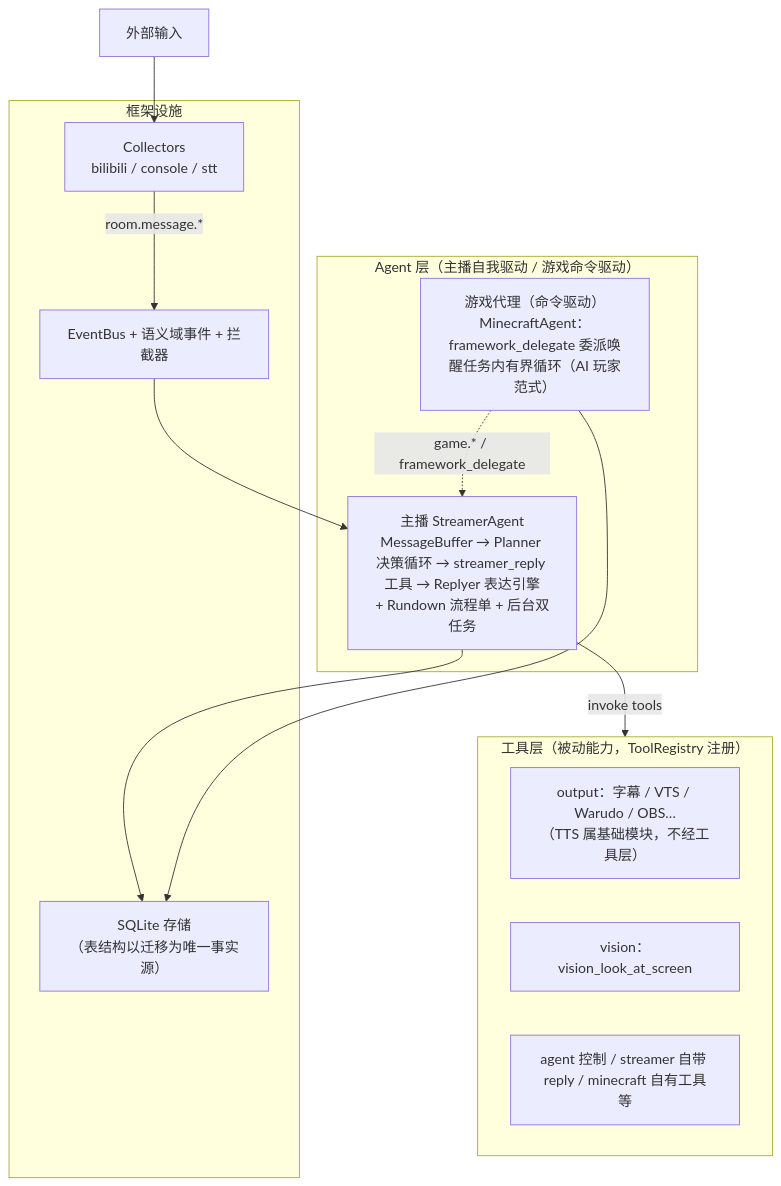
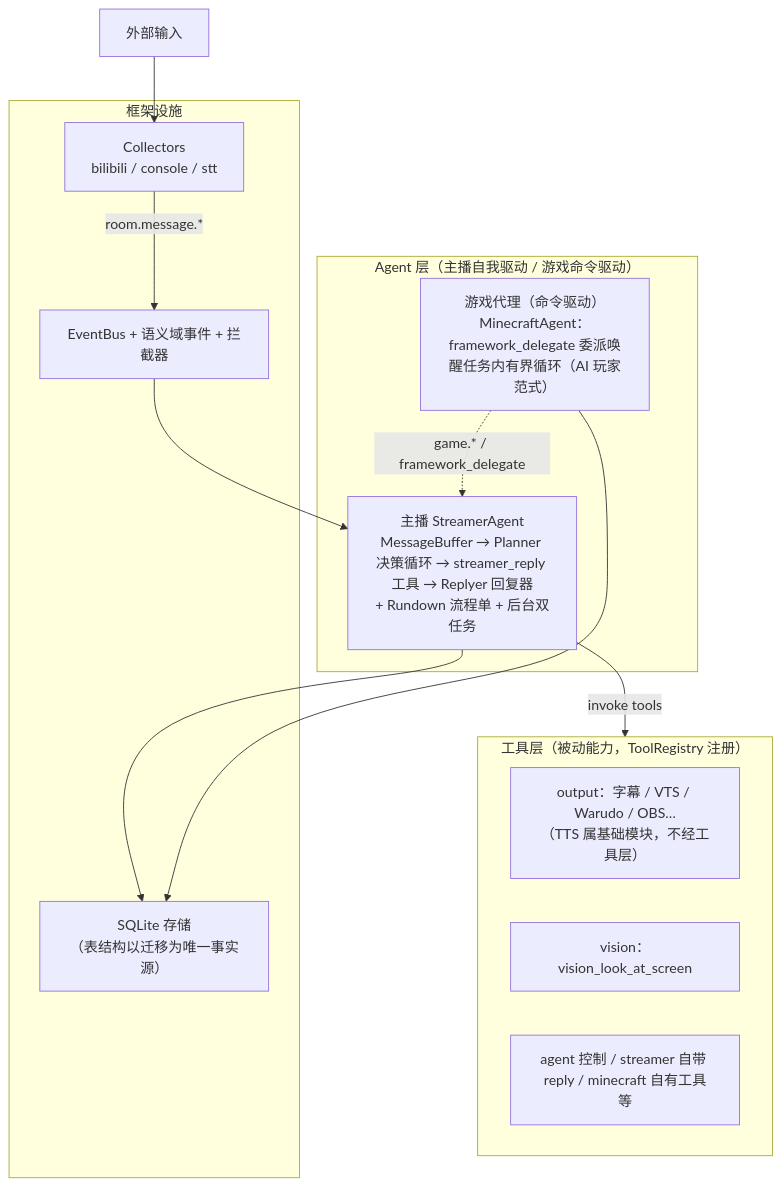
Before and after one commit to Mai-with-u/Amaidesu: the first of 3 diagrams in docs/architecture/v2-architecture.md, drawn with Mermaid. The commit also changed other lines of this file and 106 other files, not shown here.

````diff
--- a/docs/architecture/v2-architecture.md
+++ b/docs/architecture/v2-architecture.md
@@ -84,22 +84,22 @@
 ```mermaid
 flowchart TB
     subgraph Agents["Agent 层（主播自我驱动 / 游戏命令驱动）"]
-        SA["主播 StreamerAgent<br/>MessageBuffer → Planner 决策循环 → streamer_reply 工具 → Replyer 表达引擎<br/>+ Rundown 流程单 + 后台双任务"]
+        SA["主播 StreamerAgent<br/>MessageBuffer → Planner 决策循环 → streamer_reply 工具 → Replyer 回复器<br/>+ Rundown 流程单 + 后台双任务"]
         GA["游戏代理（命令驱动）<br/>MinecraftAgent：framework_delegate 委派唤醒任务内有界循环（AI 玩家范式）"]
     end
     subgraph Tools["工具层（被动能力，ToolRegistry 注册）"]
         T1["output：字幕 / VTS / Warudo / OBS…<br/>（TTS 属基础模块，不经工具层）"]
         T2["vision：vision_look_at_screen"]
         T4["agent 控制 / streamer 自带 reply / minecraft 自有工具等"]
     end
     subgraph Infra["框架设施"]
         COL["Collectors<br/>bilibili / console / stt"]
         BUS["EventBus + 语义域事件 + 拦截器"]
         STO["SQLite 存储<br/>（表结构以迁移为唯一事实源）"]
     end
     EXT["外部输入"] --> COL -->|"room.message.*"| BUS
     BUS --> SA
     GA -.->|"game.* / framework_delegate"| SA
     SA -->|"invoke tools"| Tools
     SA & GA --> STO
 ```
````
